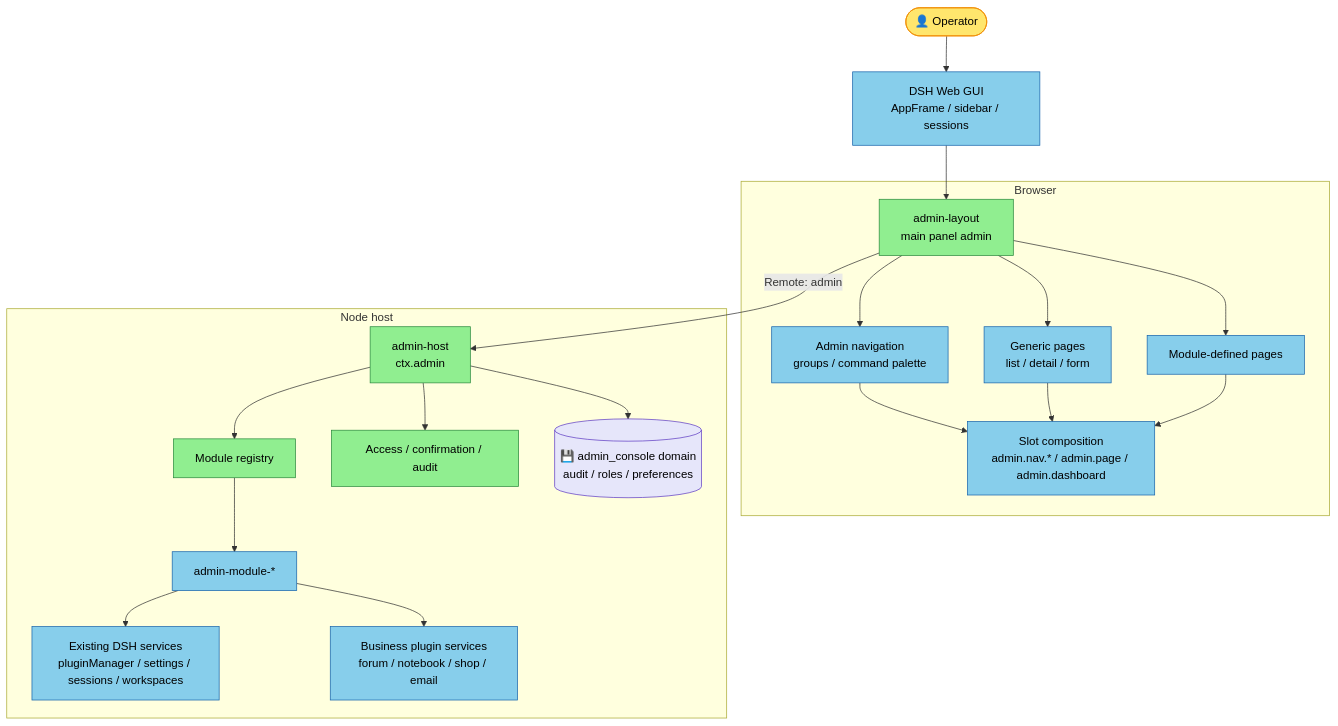
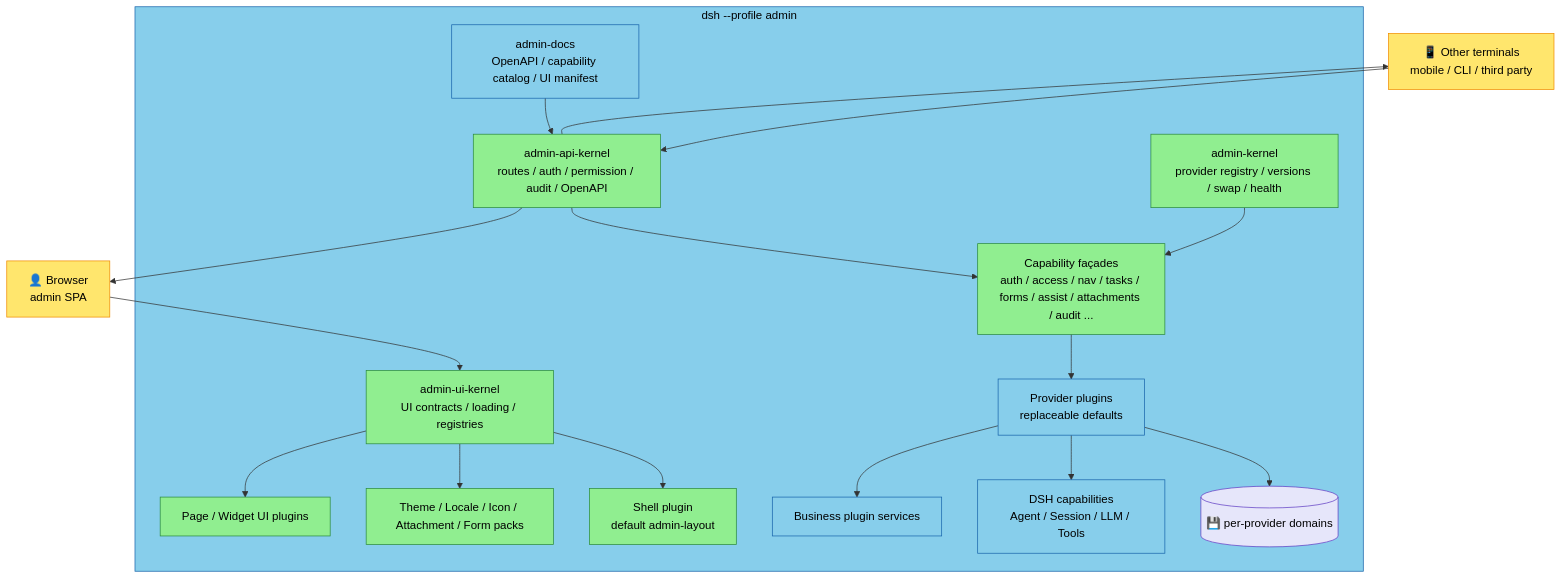
The first of 3 diagrams in docs/admin-system-design.md (waixiaowai/veren), drawn with Mermaid before and after one commit. The commit also changed other lines of this file and 21 other files, not shown here.

First line of the commit message:
feat(docs): update DSH Admin Console design documentation and add vitest configurations

````diff
--- a/docs/admin-system-design.md
+++ b/docs/admin-system-design.md
@@ -105,34 +139,31 @@
 ```mermaid
 flowchart TB
-  Operator([👤 Operator]) --> Shell["DSH Web GUI<br/>AppFrame / sidebar / sessions"]
-  Shell --> Layout["admin-layout<br/>main panel admin"]
+  Browser[👤 Browser<br/>admin SPA] --> UIKernel["admin-ui-kernel<br/>UI contracts / loading / registries"]
+  Terminal[📱 Other terminals<br/>mobile / CLI / third party] --> APIKernel["admin-api-kernel<br/>routes / auth / permission / audit / OpenAPI"]
 
-  subgraph ClientSide["Browser"]
-    Layout --> Nav["Admin navigation<br/>groups / command palette"]
-    Layout --> Pages["Generic pages<br/>list / detail / form"]
-    Layout --> Custom["Module-defined pages"]
-    Nav --> Slots["Slot composition<br/>admin.nav.* / admin.page / admin.dashboard"]
-    Pages --> Slots
-    Custom --> Slots
+  subgraph Platform["dsh --profile admin"]
+    UIKernel --> Shell["Shell plugin<br/>default admin-layout"]
+    UIKernel --> Packs["Theme / Locale / Icon / Attachment / Form packs"]
+    UIKernel --> UIPlugins["Page / Widget UI plugins"]
+
+    APIKernel --> Facades["Capability façades<br/>auth / access / nav / tasks / forms / assist / attachments / audit ..."]
+    Facades --> Providers["Provider plugins<br/>replaceable defaults"]
+    Providers --> Store[(💾 per-provider domains)]
+    Providers --> DSH["DSH capabilities<br/>Agent / Session / LLM / Tools"]
+    Providers --> Biz["Business plugin services"]
+    Kernel["admin-kernel<br/>provider registry / versions / swap / health"] --> Facades
+    Docs["admin-docs<br/>OpenAPI / capability catalog / UI manifest"] --> APIKernel
   end
 
-  Layout -->|"Remote: admin"| Host["admin-host<br/>ctx.admin"]
-
-  subgraph HostSide["Node host"]
-    Host --> Registry["Module registry"]
-    Host --> Access["Access / confirmation / audit"]
-    Host --> AdminStore[(💾 admin_console domain<br/>audit / roles / preferences)]
-    Registry --> Modules["admin-module-*"]
-    Modules --> Services["Existing DSH services<br/>pluginManager / settings / sessions / workspaces"]
-    Modules --> Content["Business plugin services<br/>forum / notebook / shop / email"]
-  end
+  APIKernel --> Browser
+  APIKernel --> Terminal
 
   classDef actor fill:#FFE66D,stroke:#F08C00,color:#000
   classDef primary fill:#90EE90,stroke:#2B8A3E,color:#000
   classDef data fill:#E6E6FA,stroke:#5F3DC4,color:#000
   classDef platform fill:#87CEEB,stroke:#1864AB,color:#000
-  class Operator actor
-  class Layout,Host,Registry,Access primary
-  class AdminStore data
-  class Shell,Nav,Pages,Custom,Slots,Modules,Services,Content platform
+  class Browser,Terminal actor
+  class Kernel,Facades,UIKernel,APIKernel,Shell,Packs,UIPlugins primary
+  class Store data
+  class Platform,Providers,DSH,Biz,Docs platform
 ```
````
